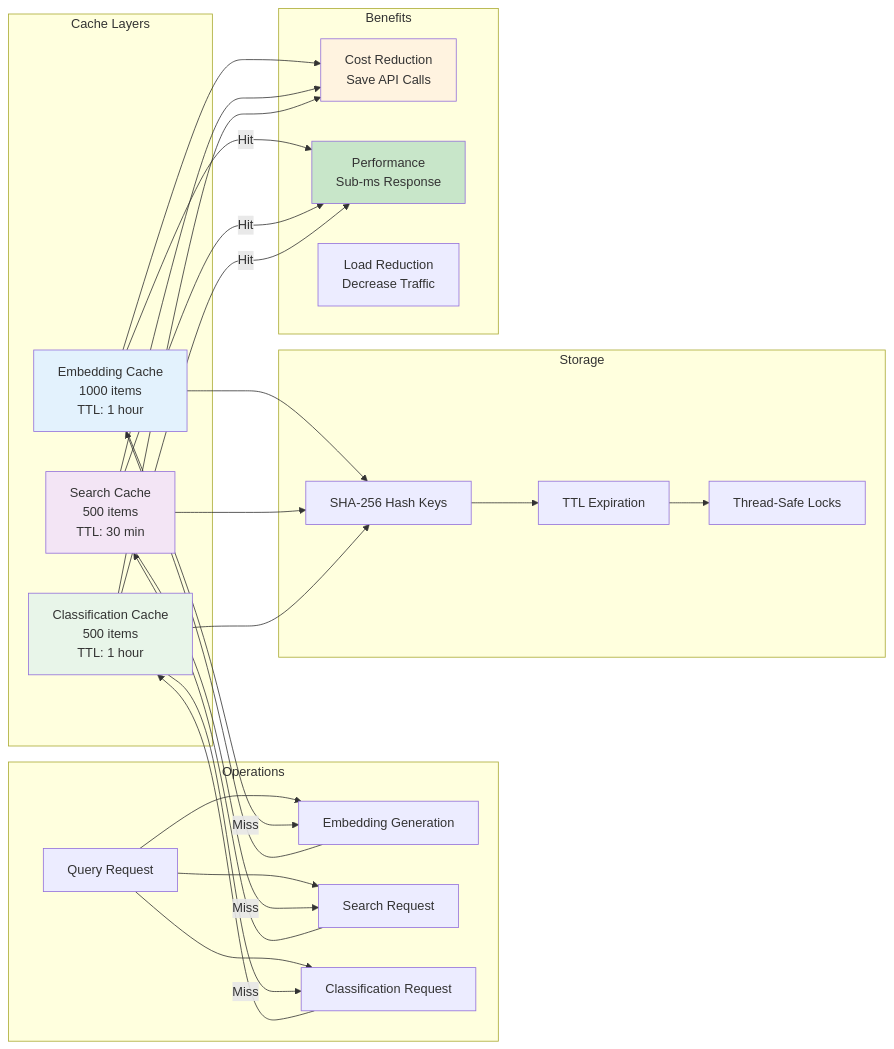
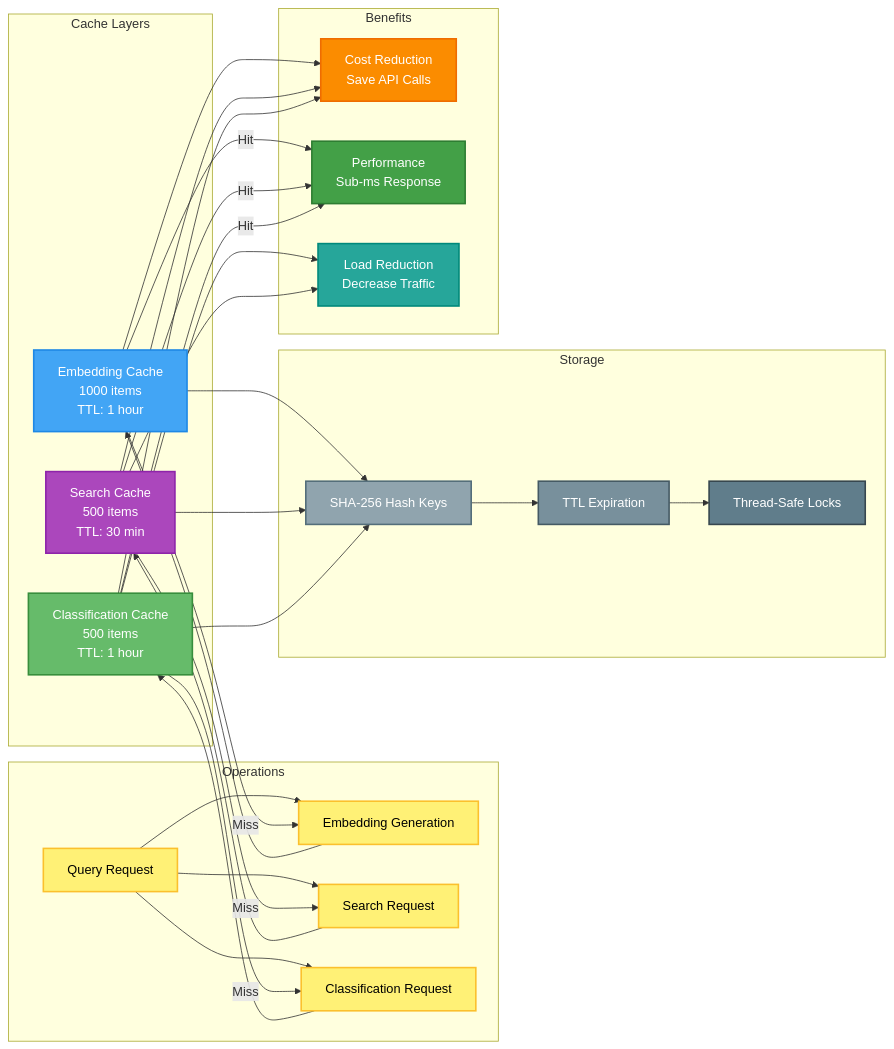
Before and after one commit to kanugurajesh/Architecture: the fourth of 12 diagrams in README.md, drawn with Mermaid. The commit also changed other lines of this file, not shown here.

````diff
--- a/README.md
+++ b/README.md
@@ -191,59 +192,73 @@
 ```mermaid
 graph LR
       subgraph "Cache Layers"
           EC[Embedding Cache<br/>1000 items<br/>TTL: 1 hour]
           SC[Search Cache<br/>500 items<br/>TTL: 30 min]
           CC[Classification Cache<br/>500 items<br/>TTL: 1 hour]
       end
 
       subgraph "Operations"
           Q1[Query Request]
           E1[Embedding Generation]
           S1[Search Request]
           C1[Classification Request]
       end
 
       subgraph "Storage"
           SHA[SHA-256 Hash Keys]
           TTL[TTL Expiration]
           Lock[Thread-Safe Locks]
       end
 
       subgraph "Benefits"
           Cost[Cost Reduction<br/>Save API Calls]
           Speed[Performance<br/>Sub-ms Response]
           Load[Load Reduction<br/>Decrease Traffic]
       end
 
       Q1 --> E1
       E1 --> EC
       EC --> |Hit| Speed
       EC --> |Miss| E1
 
       Q1 --> S1
       S1 --> SC
       SC --> |Hit| Speed
       SC --> |Miss| S1
 
       Q1 --> C1
       C1 --> CC
       CC --> |Hit| Speed
       CC --> |Miss| C1
 
       EC --> SHA
       SC --> SHA
       CC --> SHA
 
       SHA --> TTL
       TTL --> Lock
 
       EC --> Cost
       SC --> Cost
       CC --> Cost
+      CC --> Load
+      SC --> Load
 
-      style EC fill:#e3f2fd
-      style SC fill:#f3e5f5
-      style CC fill:#e8f5e9
-      style Cost fill:#fff3e0
-      style Speed fill:#c8e6c9
+      %% High-contrast colors
+      style EC fill:#42a5f5,color:#fff,stroke:#1e88e5,stroke-width:2px
+      style SC fill:#ab47bc,color:#fff,stroke:#8e24aa,stroke-width:2px
+      style CC fill:#66bb6a,color:#fff,stroke:#388e3c,stroke-width:2px
+
+      style Cost fill:#fb8c00,color:#fff,stroke:#ef6c00,stroke-width:2px
+      style Speed fill:#43a047,color:#fff,stroke:#2e7d32,stroke-width:2px
+      style Load fill:#26a69a,color:#fff,stroke:#00897b,stroke-width:2px
+
+      style SHA fill:#90a4ae,color:#fff,stroke:#546e7a,stroke-width:2px
+      style TTL fill:#78909c,color:#fff,stroke:#455a64,stroke-width:2px
+      style Lock fill:#607d8b,color:#fff,stroke:#37474f,stroke-width:2px
+
+      style Q1 fill:#fff176,color:#000,stroke:#fbc02d,stroke-width:2px
+      style E1 fill:#fff176,color:#000,stroke:#fbc02d,stroke-width:2px
+      style S1 fill:#fff176,color:#000,stroke:#fbc02d,stroke-width:2px
+      style C1 fill:#fff176,color:#000,stroke:#fbc02d,stroke-width:2px
 ```
````
